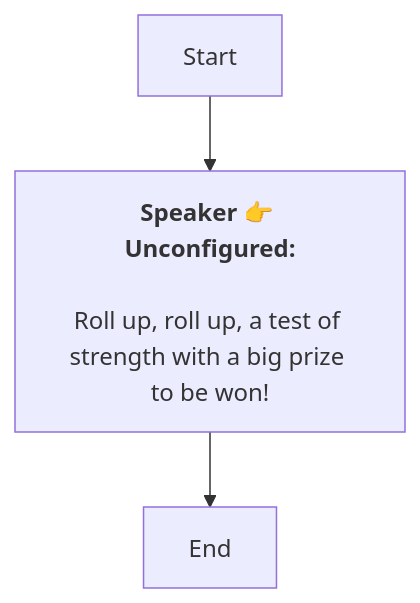
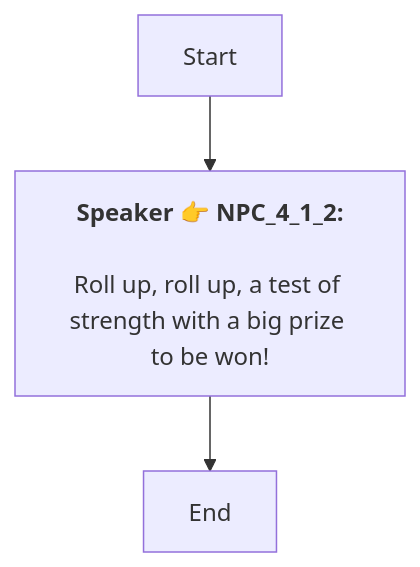
One commit to SoftHu/tos_avg changed the diagram in En/QuestApproachDialogNode_1738889536657567.md. Above: the diagram before and after it, drawn with Mermaid. The commit also changed 737 other files, not shown here.

````diff
--- a/En/QuestApproachDialogNode_1738889536657567.md
+++ b/En/QuestApproachDialogNode_1738889536657567.md
@@ -1,8 +1,7 @@
 ```mermaid
 graph
-Start -->1739078190976242[<b>Speaker 👉 Unconfigured:</b>
-
-Roll up, roll up, a test of strength with a big prize to be won!]
+Start -->1739078190976242[<b>Speaker 👉 NPC_4_1_2:</b>
+\nRoll up, roll up, a test of strength with a big prize to be won!]
 1739078190976242 -->1738891203834019[End]
 
- ```
+```
````
